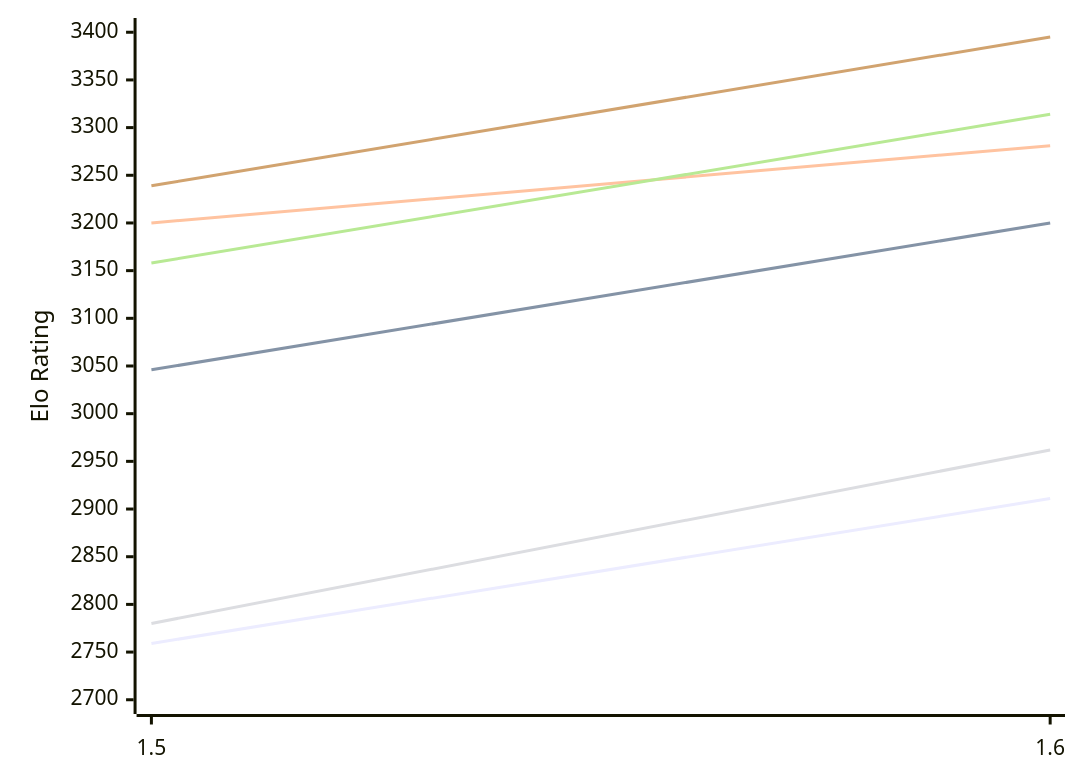
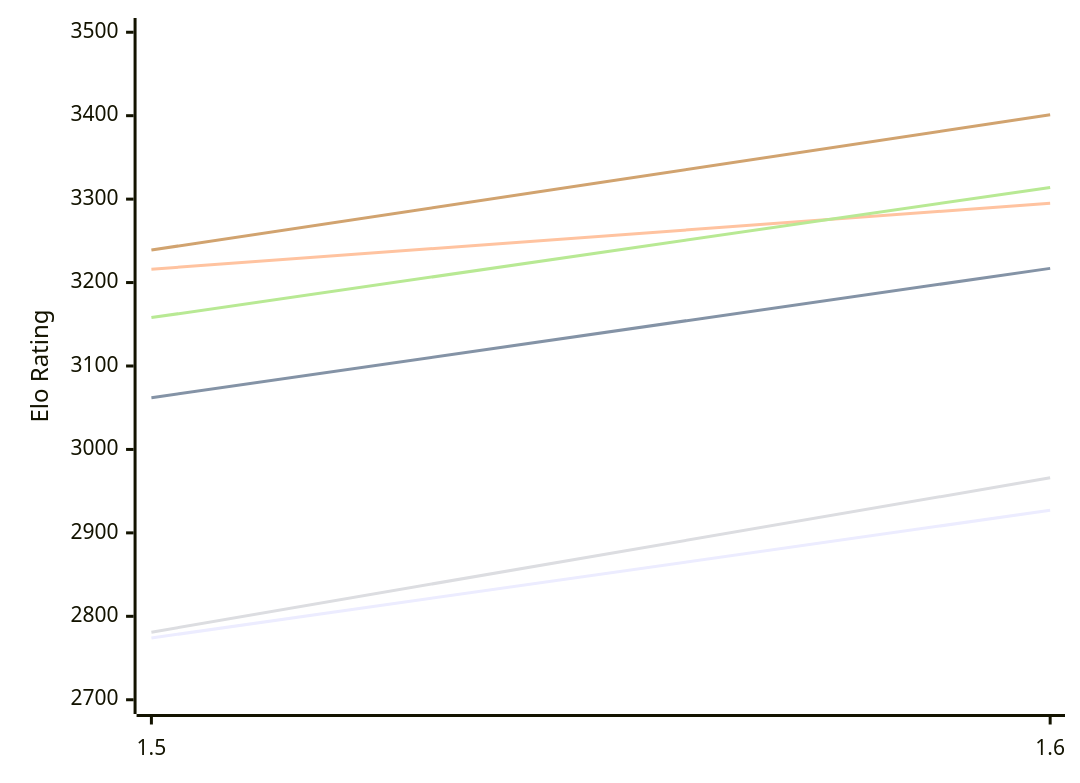
The first of 2 diagrams in engines/Yakka.md (computer-chess-index/cci), drawn with Mermaid before and after one commit. The commit also changed other lines of this file, not shown here.

Commit message:
Update CCI Ratings (ELO VLTC) - 2026-11-11

````diff
--- a/engines/Yakka.md
+++ b/engines/Yakka.md
@@ -51,12 +51,12 @@
 ```mermaid
 %%{init: {"theme":"base","themeVariables":{"seriesColors:['#a3a3a3','#222221','#faa371']}}}%%
 xychart-beta
   x-axis ["1.5", "1.6"]
-  y-axis "Elo Rating" 2700 --> 3400
-  line "E1: STC (8.0+0.08s)" [2759, 2911]
-  line "E1: LTC (60.0+0.60s)" [3046, 3200]
-  line "E1: VLTC (2m24s+1.12s)" [3200, 3281]
-  line "P1: STC (8.0+0.08s)" [2780, 2962]
+  y-axis "Elo Rating" 2700 --> 3500
+  line "E1: STC (8.0+0.08s)" [2774, 2927]
+  line "E1: LTC (60.0+0.60s)" [3062, 3217]
+  line "E1: VLTC (2m24s+1.12s)" [3216, 3295]
+  line "P1: STC (8.0+0.08s)" [2781, 2966]
   line "P1: LTC (60.0+0.60s)" [3158, 3314]
-  line "P1: VLTC (2m24s+1.12s)" [3239, 3395]
+  line "P1: VLTC (2m24s+1.12s)" [3239, 3401]
 ```
````
